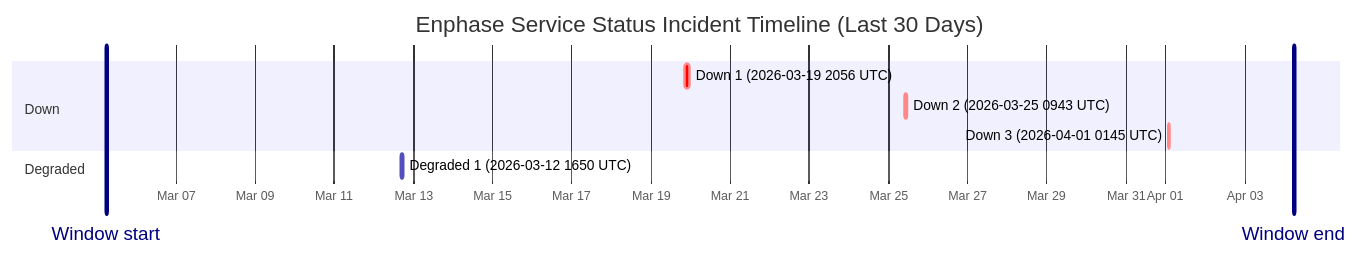
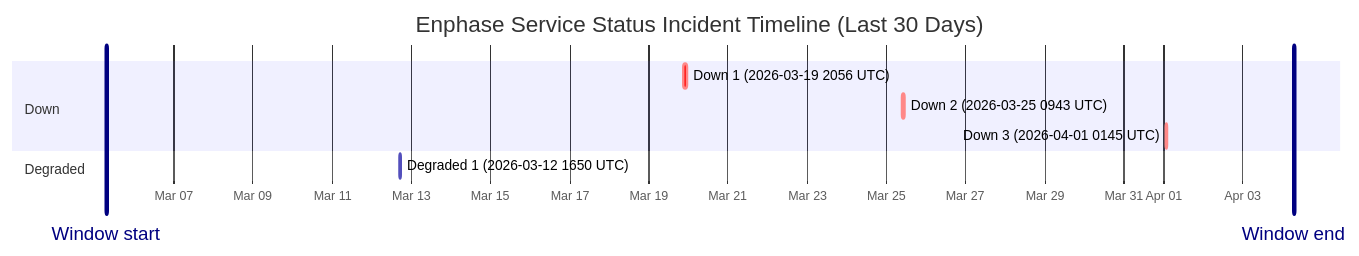
One commit to barneyonline/ha-enphase-ev-charger changed the diagram in wiki/Service-Status-History.md. Above: the diagram before and after it, drawn with Mermaid. The commit also changed other lines of this file and 3 other files, not shown here.

````diff
--- a/wiki/Service-Status-History.md
+++ b/wiki/Service-Status-History.md
@@ -14,14 +14,14 @@
 ```mermaid
 gantt
     title Enphase Service Status Incident Timeline (Last 30 Days)
     dateFormat  YYYY-MM-DDTHH:mm:ss
     axisFormat  %b %d
-    Window start :vert, window-start, 2026-03-05T05:41:51, 0ms
-    Window end :vert, window-end, 2026-04-04T05:41:51, 0ms
+    Window start :vert, window-start, 2026-03-05T07:00:27, 0ms
+    Window end :vert, window-end, 2026-04-04T07:00:27, 0ms
     section Down
     Down 1 (2026-03-19 2056 UTC) :crit, down-1, 2026-03-19T20:56:20, 145m
     Down 2 (2026-03-25 0943 UTC) :crit, down-2, 2026-03-25T09:43:28, 111m
     Down 3 (2026-04-01 0145 UTC) :crit, down-3, 2026-04-01T01:45:09, 60m
     section Degraded
     Degraded 1 (2026-03-12 1650 UTC) :active, degraded-1, 2026-03-12T16:50:43, 60m
 ```
````
